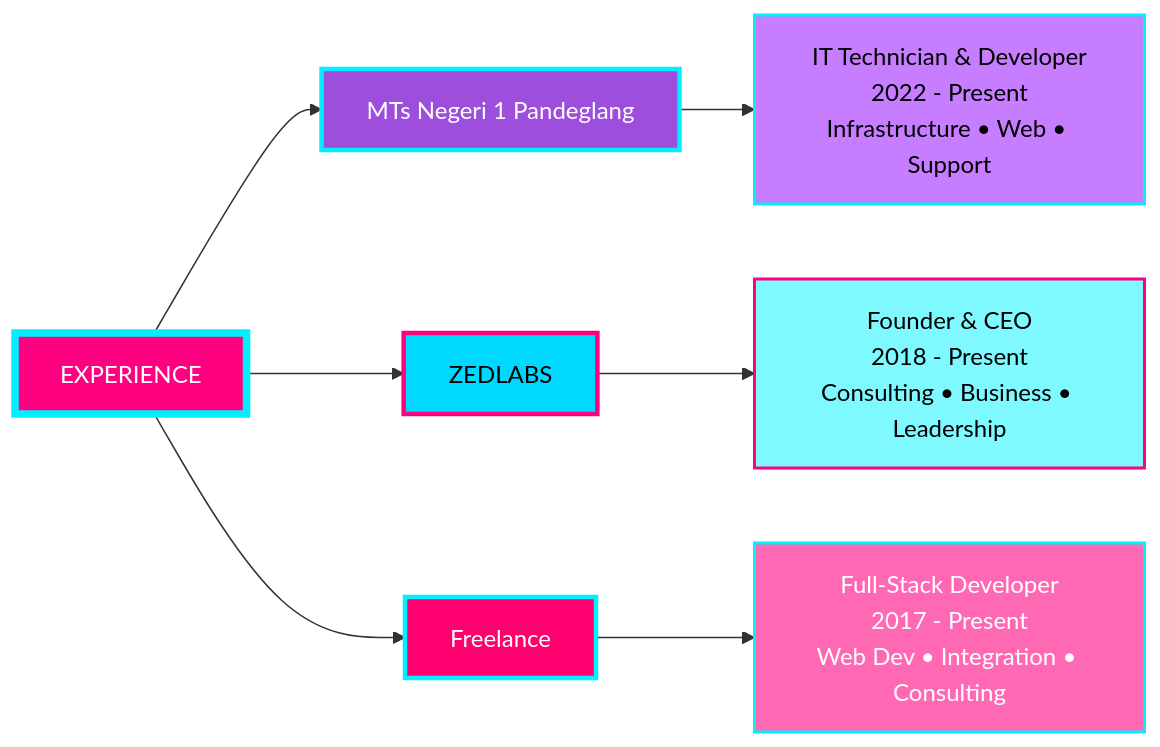
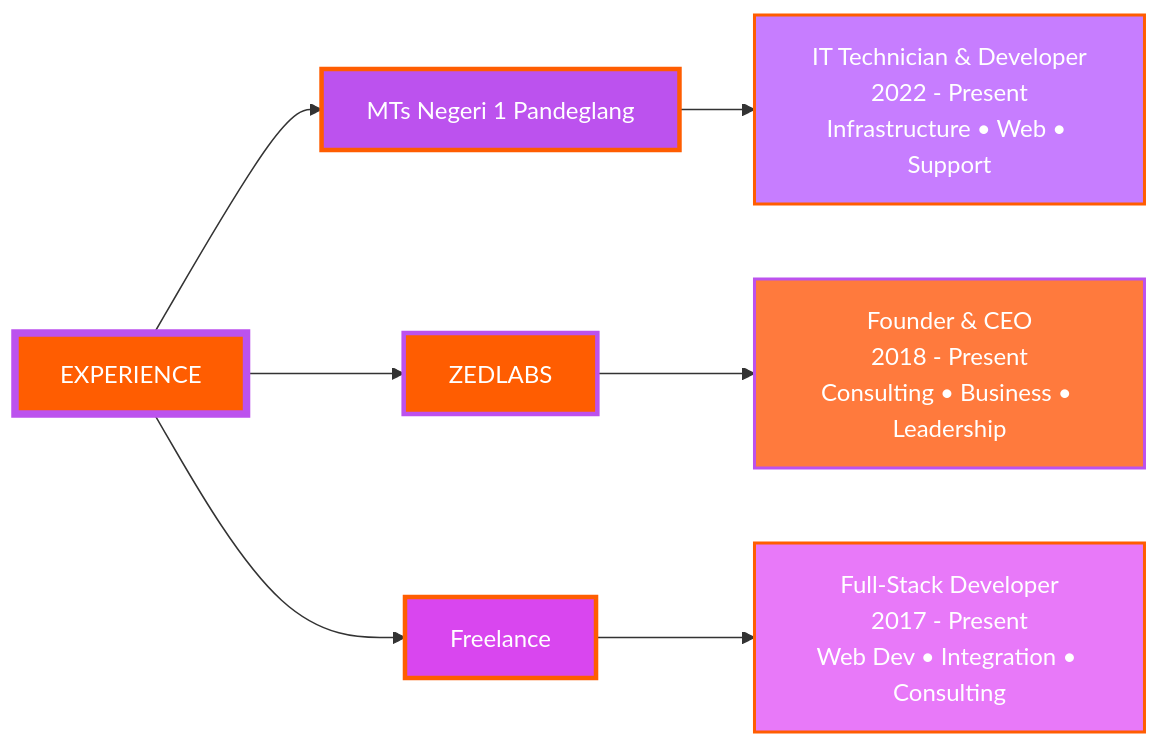
One commit to zulfikriyahya/zulfikriyahya changed the first of 2 diagrams in README.mdx. Above: the diagram before and after it, drawn with Mermaid.

````diff
--- a/README.mdx
+++ b/README.mdx
@@ -141,29 +141,29 @@
 ```mermaid
 graph LR
     START["EXPERIENCE"]
 
     A["MTs Negeri 1 Pandeglang"]
     A1["IT Technician & Developer<br/>2022 - Present<br/>Infrastructure • Web • Support"]
 
     B["ZEDLABS"]
     B1["Founder & CEO<br/>2018 - Present<br/>Consulting • Business • Leadership"]
 
     C["Freelance"]
     C1["Full-Stack Developer<br/>2017 - Present<br/>Web Dev • Integration • Consulting"]
 
     START --> A
     START --> B
     START --> C
 
     A --> A1
     B --> B1
     C --> C1
 
-    style START fill:#FF0080,stroke:#00F0FF,stroke-width:5px,color:#fff
-    style A fill:#9D4EDD,stroke:#00F0FF,stroke-width:3px,color:#fff
-    style B fill:#00D9FF,stroke:#FF0080,stroke-width:3px,color:#000
-    style C fill:#FF006E,stroke:#00F0FF,stroke-width:3px,color:#fff
-    style A1 fill:#C77DFF,stroke:#00F0FF,stroke-width:2px,color:#000
-    style B1 fill:#7DF9FF,stroke:#FF0080,stroke-width:2px,color:#000
-    style C1 fill:#FF69B4,stroke:#00F0FF,stroke-width:2px,color:#fff
+    style START fill:#FF5D01,stroke:#BC52EE,stroke-width:5px,color:#fff
+    style A fill:#BC52EE,stroke:#FF5D01,stroke-width:3px,color:#fff
+    style B fill:#FF5D01,stroke:#BC52EE,stroke-width:3px,color:#fff
+    style C fill:#D946EF,stroke:#FF5D01,stroke-width:3px,color:#fff
+    style A1 fill:#C77DFF,stroke:#FF5D01,stroke-width:2px,color:#fff
+    style B1 fill:#FF7A3D,stroke:#BC52EE,stroke-width:2px,color:#fff
+    style C1 fill:#E879F9,stroke:#FF5D01,stroke-width:2px,color:#fff
 ```
````
